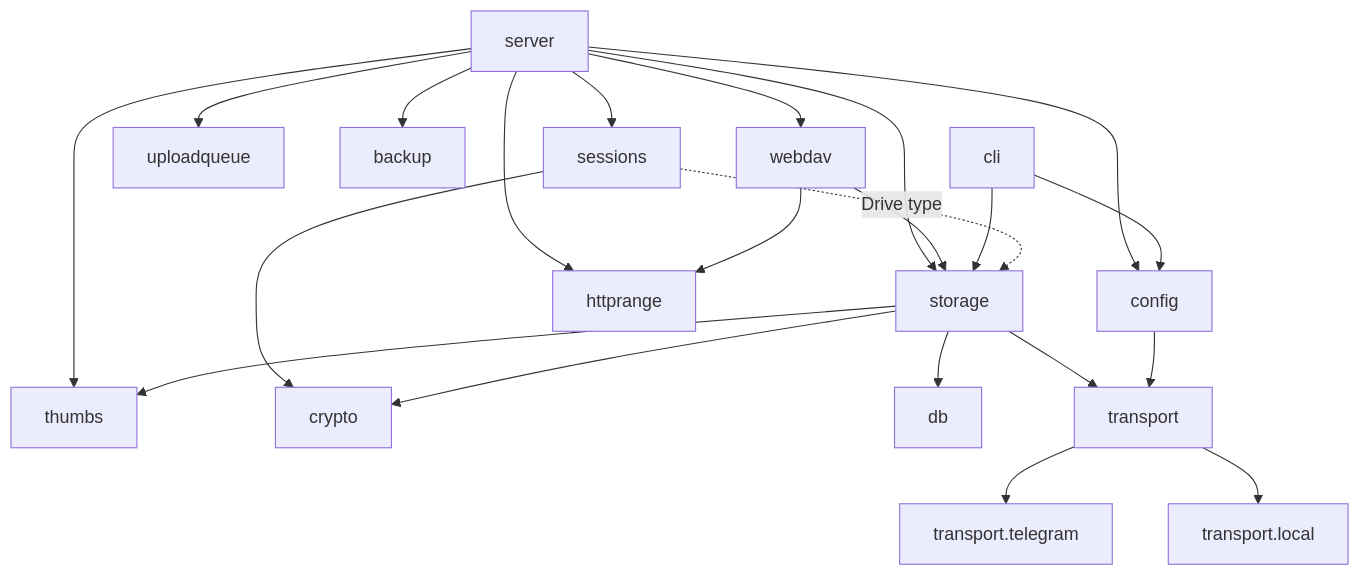
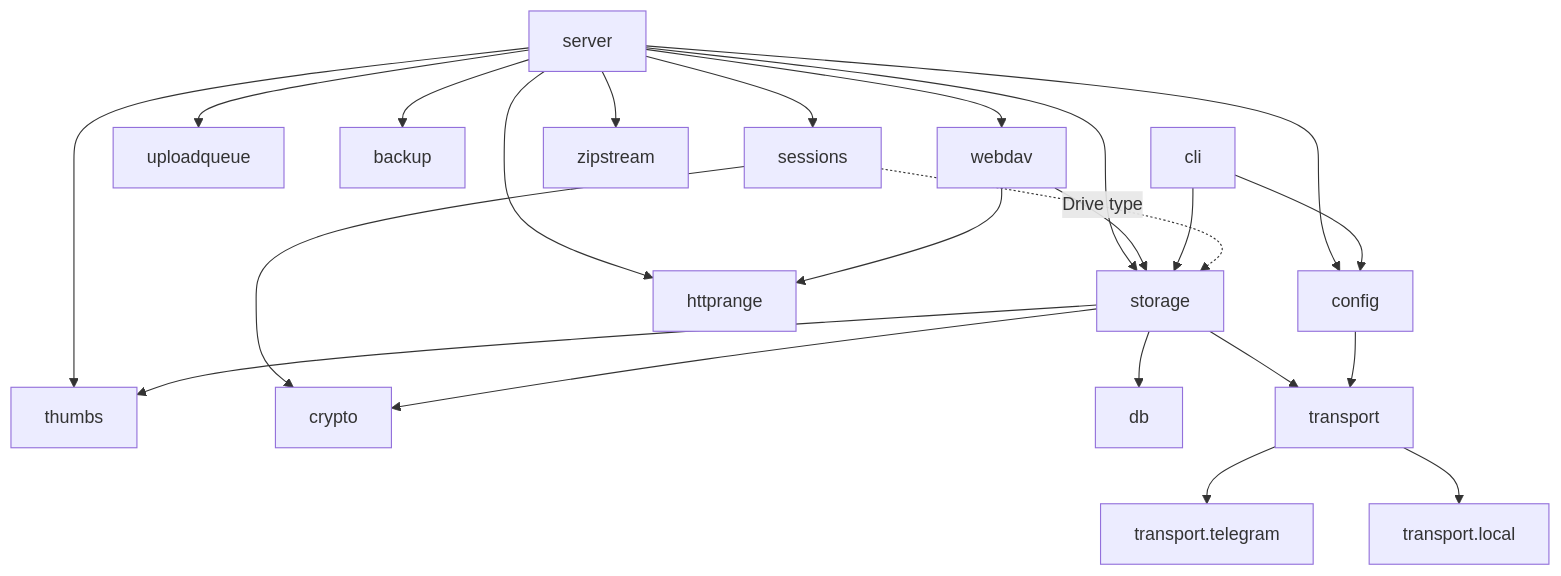
One commit to iusekarma/tgdrive changed the first of 4 diagrams in docs/backend.md. Above: the diagram before and after it, drawn with Mermaid. The commit also changed other lines of this file and 10 other files, not shown here.

````diff
--- a/docs/backend.md
+++ b/docs/backend.md
@@ -7,24 +7,25 @@
 ```mermaid
 flowchart TD
     server --> storage
     server --> sessions
     server --> uploadqueue
     server --> backup
     server --> config
     server --> httprange
     server --> thumbs
     server --> webdav
+    server --> zipstream
     webdav --> storage
     webdav --> httprange
     cli --> storage
     cli --> config
     sessions --> crypto
     sessions -.->|"Drive type"| storage
     storage --> crypto
     storage --> db
     storage --> thumbs
     storage --> transport
     config --> transport
     transport --> telegram["transport.telegram"]
     transport --> local["transport.local"]
 ```
````
